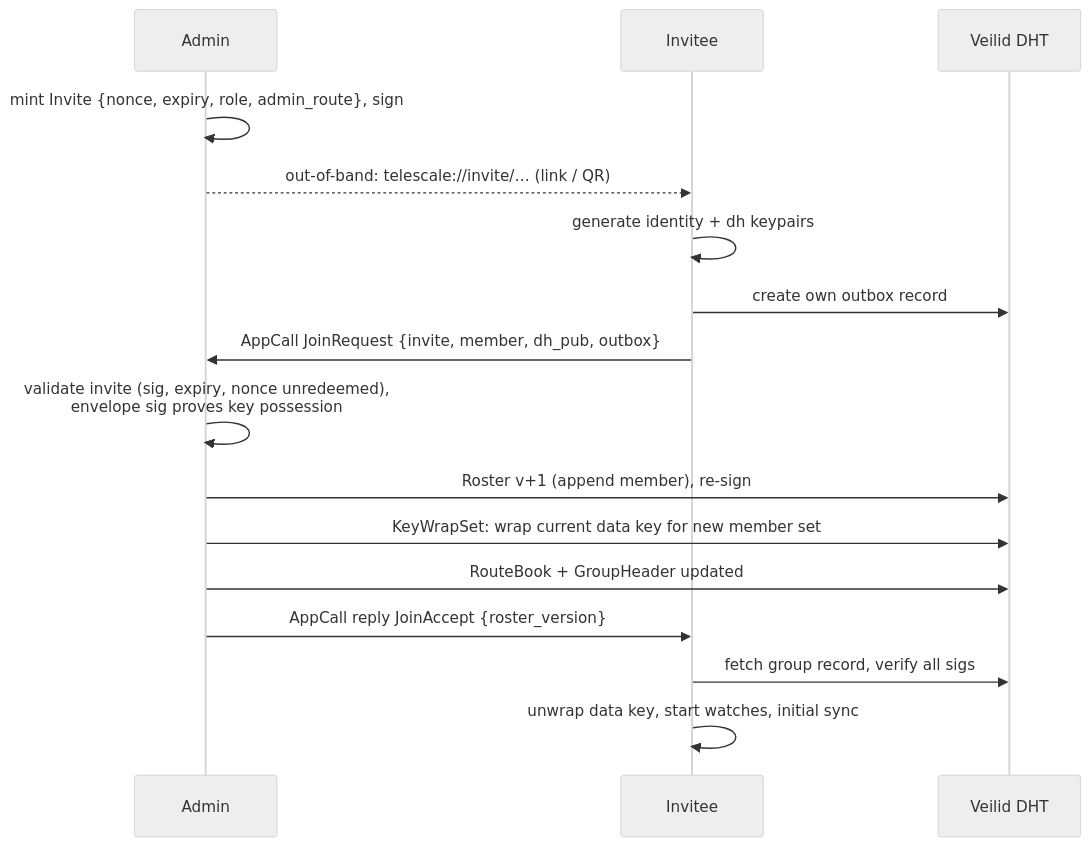
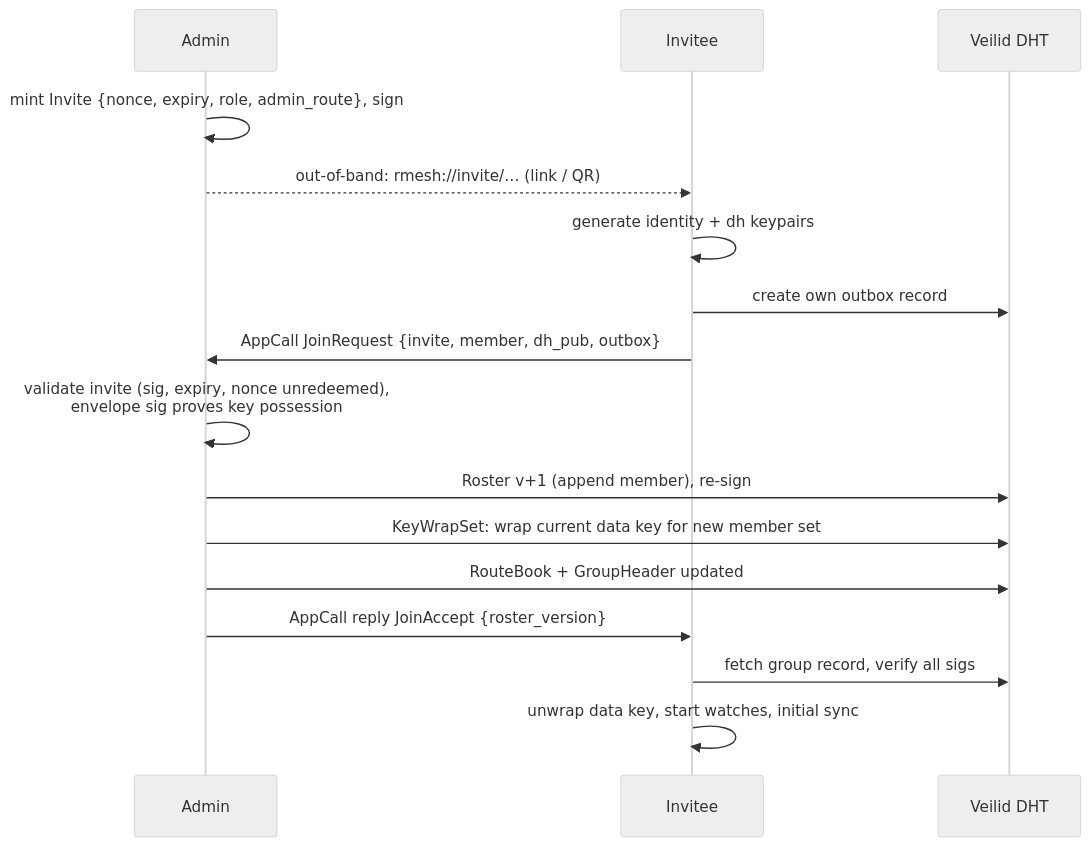
The second of 5 diagrams in docs/04-protocols.md (xoriors/rmesh), drawn with Mermaid (neutral theme) before and after one commit. The commit also changed other lines of this file and 5 other files, not shown here.

First line of the commit message:
Rename project from Telescale to rmesh throughout docs

````diff
--- a/docs/04-protocols.md
+++ b/docs/04-protocols.md
@@ -26,18 +26,18 @@
 ```mermaid
 sequenceDiagram
     participant A as Admin
     participant I as Invitee
     participant D as Veilid DHT
     A->>A: mint Invite {nonce, expiry, role, admin_route}, sign
-    A-->>I: out-of-band: telescale://invite/… (link / QR)
+    A-->>I: out-of-band: rmesh://invite/… (link / QR)
     I->>I: generate identity + dh keypairs
     I->>D: create own outbox record
     I->>A: AppCall JoinRequest {invite, member, dh_pub, outbox}
     A->>A: validate invite (sig, expiry, nonce unredeemed),<br/>envelope sig proves key possession
     A->>D: Roster v+1 (append member), re-sign
     A->>D: KeyWrapSet: wrap current data key for new member set
     A->>D: RouteBook + GroupHeader updated
     A->>I: AppCall reply JoinAccept {roster_version}
     I->>D: fetch group record, verify all sigs
     I->>I: unwrap data key, start watches, initial sync
 ```
````
